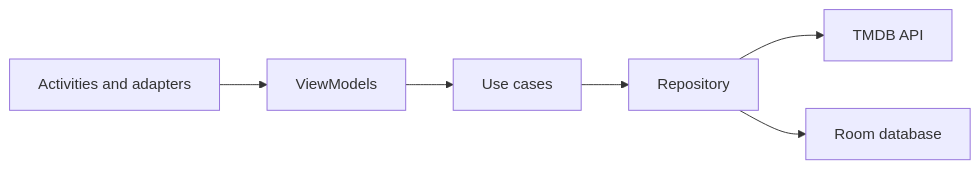
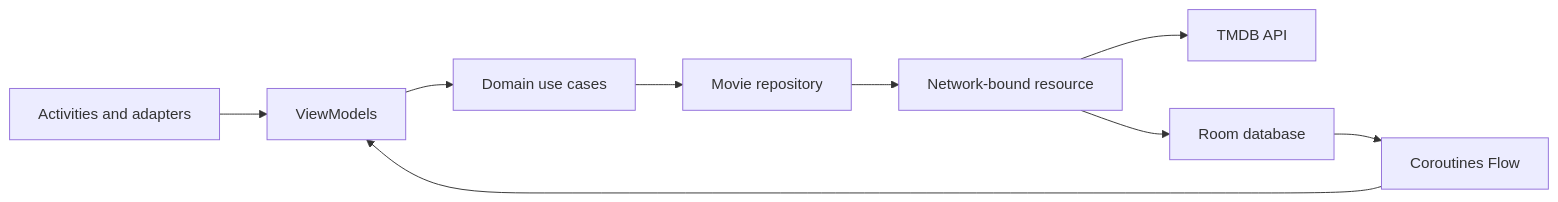
One commit to fhmsyhd/Cinema-App changed the diagram in README.md. Above: the diagram before and after it, drawn with Mermaid. The commit also changed other lines of this file and 3 other files, not shown here.

````diff
--- a/README.md
+++ b/README.md
@@ -29,8 +39,11 @@
 ```mermaid
 flowchart LR
     UI[Activities and adapters] --> VM[ViewModels]
-    VM --> UC[Use cases]
-    UC --> REPO[Repository]
-    REPO --> REMOTE[TMDB API]
-    REPO --> LOCAL[Room database]
+    VM --> UC[Domain use cases]
+    UC --> REPO[Movie repository]
+    REPO --> NBR[Network-bound resource]
+    NBR --> API[TMDB API]
+    NBR --> DB[Room database]
+    DB --> FLOW[Coroutines Flow]
+    FLOW --> VM
 ```
````
